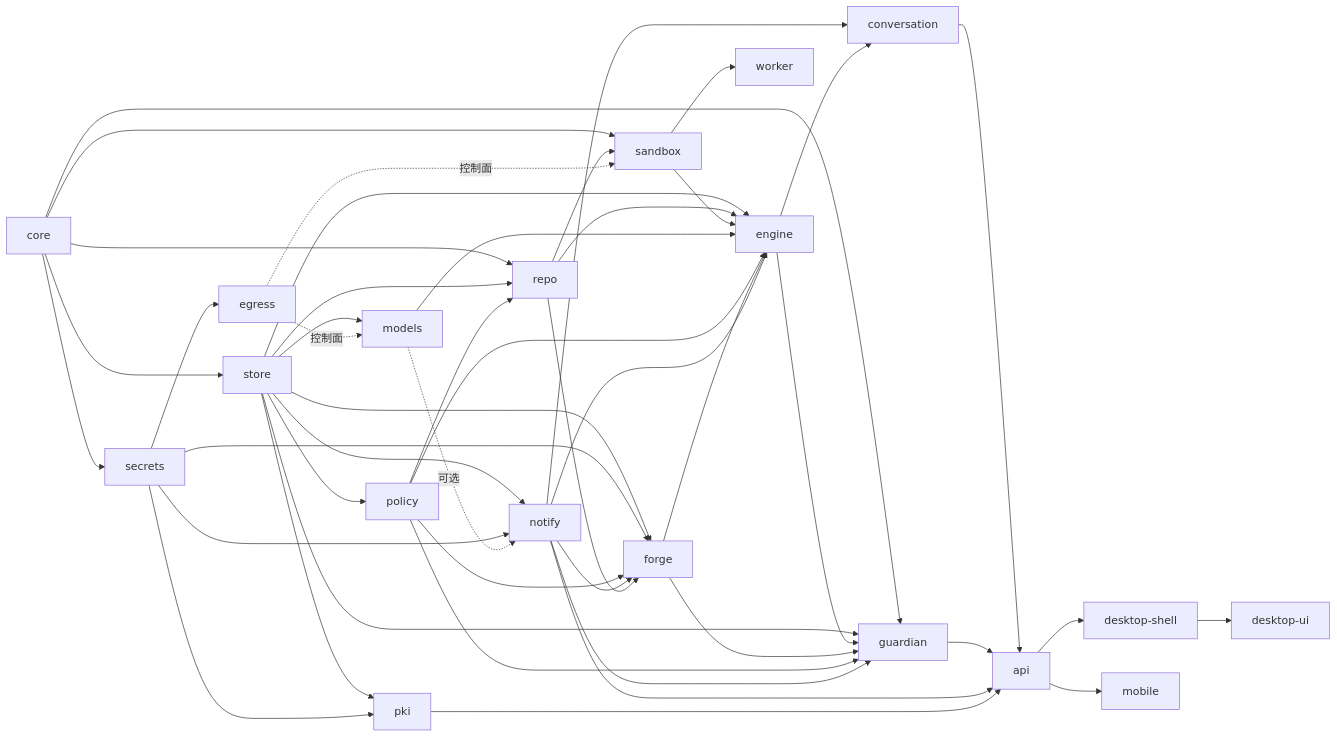
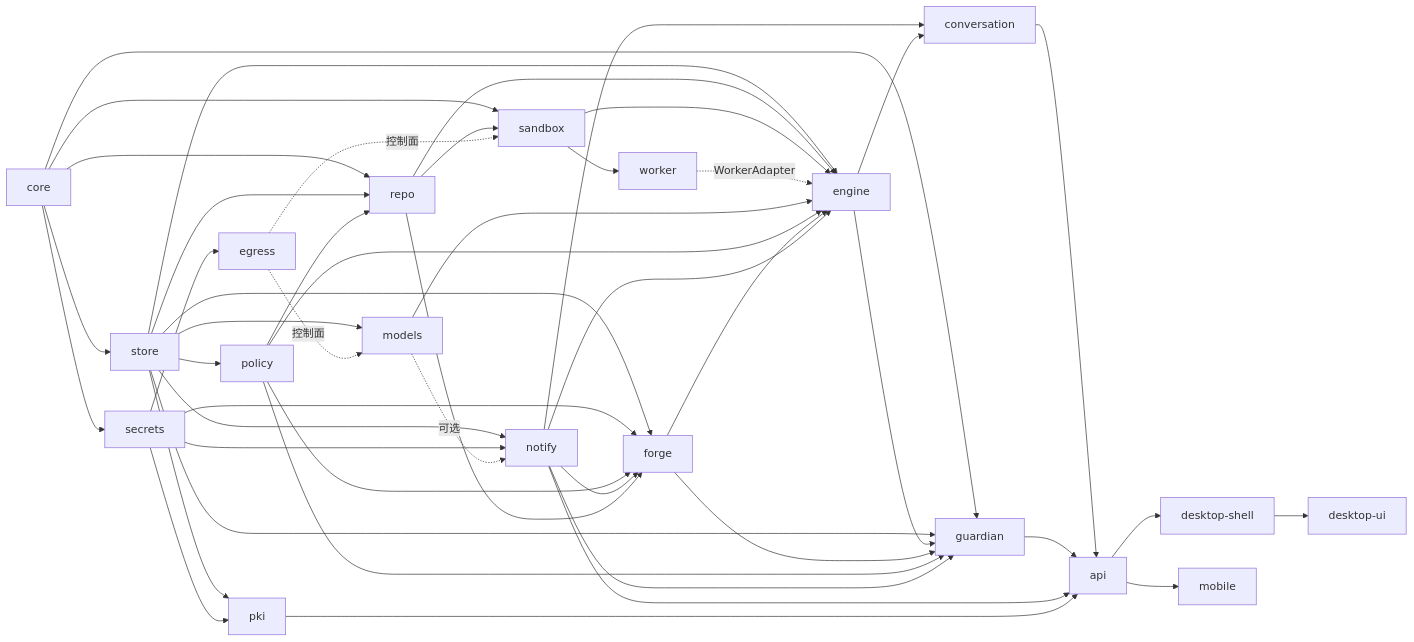
One commit to LeXwDeX/Gantry changed the second of 3 diagrams in docs/architecture.md. Above: the diagram before and after it, drawn with Mermaid. The commit also changed other lines of this file and 29 other files, not shown here.

````diff
--- a/docs/architecture.md
+++ b/docs/architecture.md
@@ -110,48 +110,49 @@
 ```mermaid
 flowchart LR
   core --> store
   core --> sandbox
   core --> guardian
   store --> engine
   store --> forge
   store --> models
   store --> policy
   store --> notify
   store --> pki
   store --> guardian
   core --> secrets
   secrets --> forge
   secrets --> pki
   secrets --> egress
   secrets --> notify
   core --> repo
   store --> repo
   policy --> repo
   policy --> forge
   notify --> forge
   repo --> sandbox
   repo --> forge
   repo --> engine
   egress -. 控制面 .-> sandbox
   egress -. 控制面 .-> models
   sandbox --> worker
   sandbox --> engine
+  worker -. WorkerAdapter .-> engine
   models --> engine
   models -. 可选 .-> notify
   policy --> engine
   forge --> engine
   notify --> engine
   notify --> conversation
   engine --> conversation
   engine --> guardian
   forge --> guardian
   policy --> guardian
   notify --> guardian
   conversation --> api
   guardian --> api
   notify --> api
   pki --> api
   api --> desktop-shell
   desktop-shell --> desktop-ui
   api --> mobile
 ```
````
